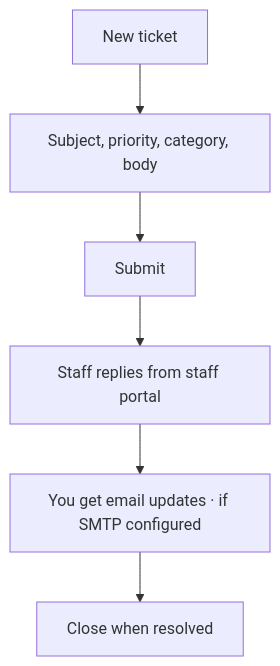
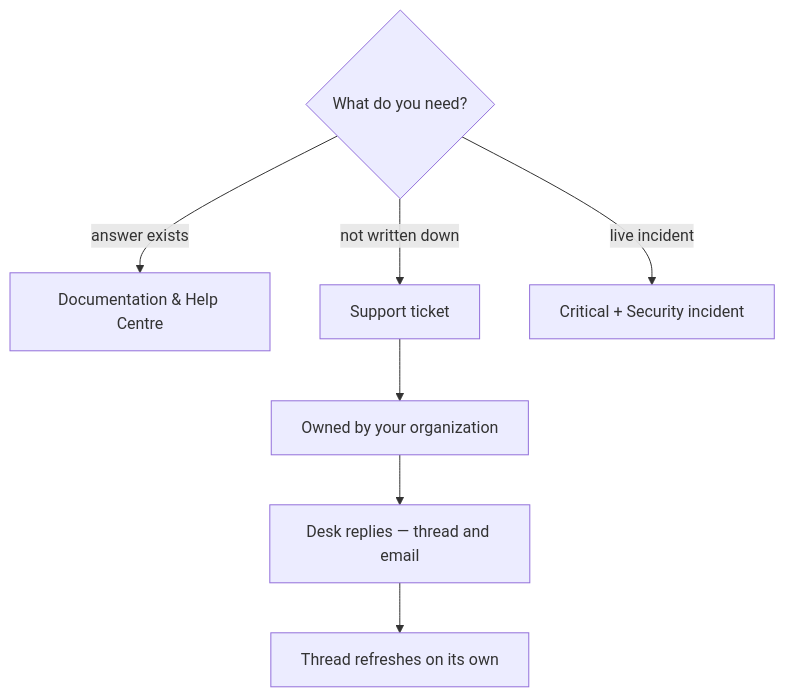
One commit to Phantom-Fort/Phantix-Frontend changed the diagram in docs/how-to/command-centre/15-support-ticket.md. Above: the diagram before and after it, drawn with Mermaid. The commit also changed other lines of this file and 3 other files, not shown here.

First line of the commit message:
feat(support): real-time help, live threads, docs links, assistant switch

````diff
--- a/docs/how-to/command-centre/15-support-ticket.md
+++ b/docs/how-to/command-centre/15-support-ticket.md
@@ -11,8 +11,9 @@
 ```mermaid
 flowchart TD
-  A[New ticket] --> B[Subject, priority, category, body]
-  B --> C[Submit]
-  C --> D[Staff replies from staff portal]
-  D --> E[You get email updates · if SMTP configured]
-  E --> F[Close when resolved]
+  A{What do you need?} -->|answer exists| B[Documentation & Help Centre]
+  A -->|not written down| C[Support ticket]
+  A -->|live incident| D[Critical + Security incident]
+  C --> E[Owned by your organization]
+  E --> F[Desk replies — thread and email]
+  F --> G[Thread refreshes on its own]
 ```
````
